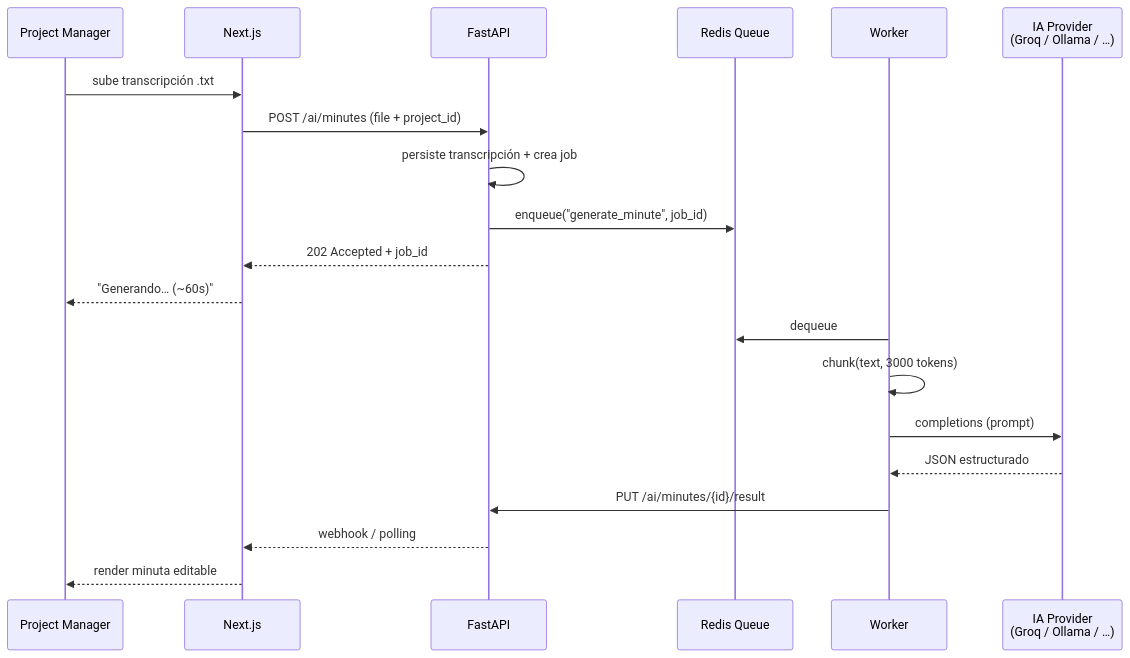
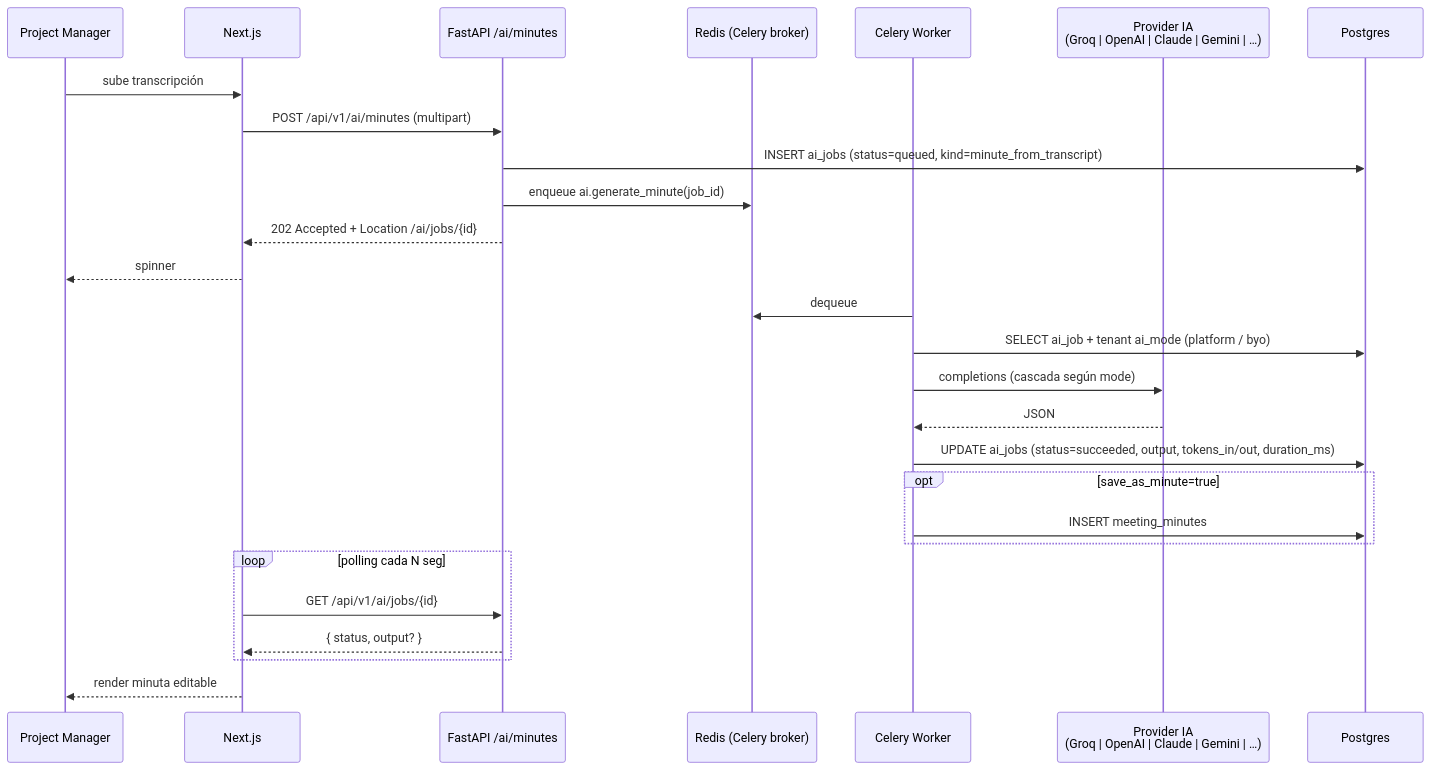
Before and after one commit to xguilxr/pmo_aas: the fifth of 6 diagrams in docs/architecture/README.md, drawn with Mermaid. The commit also changed other lines of this file and 6 other files, not shown here.

First line of the commit message:
docs(arch): reescribe architecture/ contra código real

````diff
--- a/docs/architecture/README.md
+++ b/docs/architecture/README.md
@@ -126,23 +186,32 @@
 ```mermaid
 sequenceDiagram
     participant PM as Project Manager
     participant W as Next.js
-    participant A as FastAPI
-    participant Q as Redis Queue
-    participant WK as Worker
-    participant P as IA Provider<br/>(Groq / Ollama / …)
+    participant A as FastAPI /ai/minutes
+    participant Q as Redis (Celery broker)
+    participant WK as Celery Worker
+    participant P as Provider IA<br/>(Groq | OpenAI | Claude | Gemini | …)
+    participant D as Postgres
 
-    PM->>W: sube transcripción .txt
-    W->>A: POST /ai/minutes (file + project_id)
-    A->>A: persiste transcripción + crea job
-    A->>Q: enqueue("generate_minute", job_id)
-    A-->>W: 202 Accepted + job_id
-    W-->>PM: "Generando… (~60s)"
+    PM->>W: sube transcripción
+    W->>A: POST /api/v1/ai/minutes (multipart)
+    A->>D: INSERT ai_jobs (status=queued, kind=minute_from_transcript)
+    A->>Q: enqueue ai.generate_minute(job_id)
+    A-->>W: 202 Accepted + Location /ai/jobs/{id}
+    W-->>PM: spinner
+
     WK->>Q: dequeue
-    WK->>WK: chunk(text, 3000 tokens)
-    WK->>P: completions (prompt)
-    P-->>WK: JSON estructurado
-    WK->>A: PUT /ai/minutes/{id}/result
-    A-->>W: webhook / polling
+    WK->>D: SELECT ai_job + tenant ai_mode (platform / byo)
+    WK->>P: completions (cascada según mode)
+    P-->>WK: JSON
+    WK->>D: UPDATE ai_jobs (status=succeeded, output, tokens_in/out, duration_ms)
+    opt save_as_minute=true
+        WK->>D: INSERT meeting_minutes
+    end
+
+    loop polling cada N seg
+        W->>A: GET /api/v1/ai/jobs/{id}
+        A-->>W: { status, output? }
+    end
     W-->>PM: render minuta editable
 ```
````
